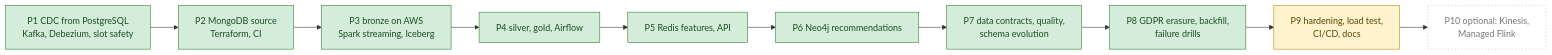
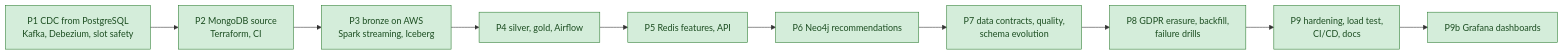
One commit to SouhailBourhim/TheLook_CDC_LakeHouse changed diagram 12 of 12 in docs/architecture.md. Above: the diagram before and after it, drawn with Mermaid. The commit also changed other lines of this file and 7 other files, not shown here.

````diff
--- a/docs/architecture.md
+++ b/docs/architecture.md
@@ -571,18 +571,15 @@
 ```mermaid
 flowchart LR
   P1["P1 CDC from PostgreSQL<br/>Kafka, Debezium, slot safety"]:::done
   P2["P2 MongoDB source<br/>Terraform, CI"]:::done
   P3["P3 bronze on AWS<br/>Spark streaming, Iceberg"]:::done
   P4["P4 silver, gold, Airflow"]:::done
   P5["P5 Redis features, API"]:::done
   P6["P6 Neo4j recommendations"]:::done
   P7["P7 data contracts, quality,<br/>schema evolution"]:::done
   P8["P8 GDPR erasure, backfill,<br/>failure drills"]:::done
-  P9["P9 hardening, load test,<br/>CI/CD, docs"]:::active
-  P10["P10 optional: Kinesis,<br/>Managed Flink"]:::optional
-  P1 --> P2 --> P3 --> P4 --> P5 --> P6 --> P7 --> P8 --> P9 --> P10
+  P9["P9 hardening, load test,<br/>CI/CD, docs"]:::done
+  P9b["P9b Grafana dashboards"]:::done
+  P1 --> P2 --> P3 --> P4 --> P5 --> P6 --> P7 --> P8 --> P9 --> P9b
   classDef done fill:#d4edda,stroke:#2e7d32,color:#1b4d20
-  classDef active fill:#fff3cd,stroke:#b8860b,color:#5c4400
-  classDef planned fill:#ffffff,stroke:#888888,stroke-dasharray: 5 5,color:#333333
-  classDef optional fill:#ffffff,stroke:#bbbbbb,stroke-dasharray: 2 4,color:#777777
 ```
````
